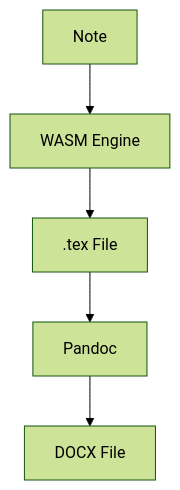
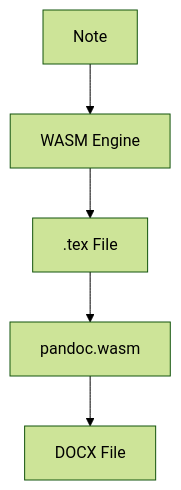
One commit to dvrch/mergdown2tex changed the diagram in docs/compilation/docx.md. Above: the diagram before and after it, drawn with Mermaid (forest theme). The commit also changed other lines of this file and 17 other files, not shown here.

````diff
--- a/docs/compilation/docx.md
+++ b/docs/compilation/docx.md
@@ -9,7 +9,7 @@
 ```mermaid
 graph TD
     A[Note] --> B[WASM Engine]
     B --> C[.tex File]
-    C --> D[Pandoc]
+    C --> D[pandoc.wasm]
     D --> E[DOCX File]
 ```
````
